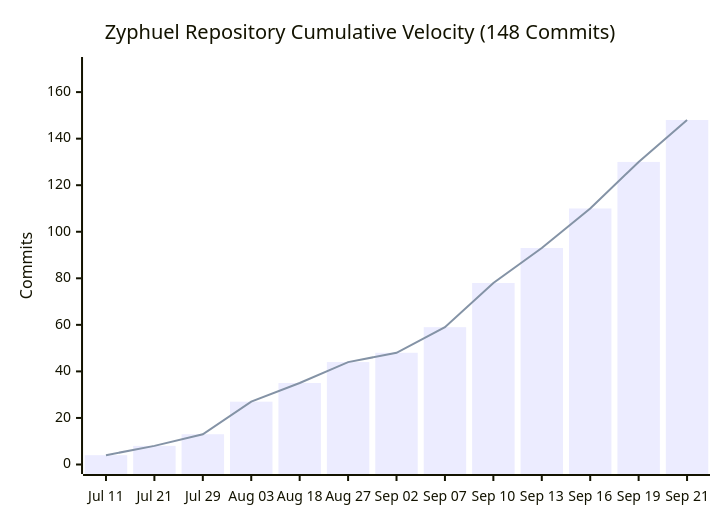
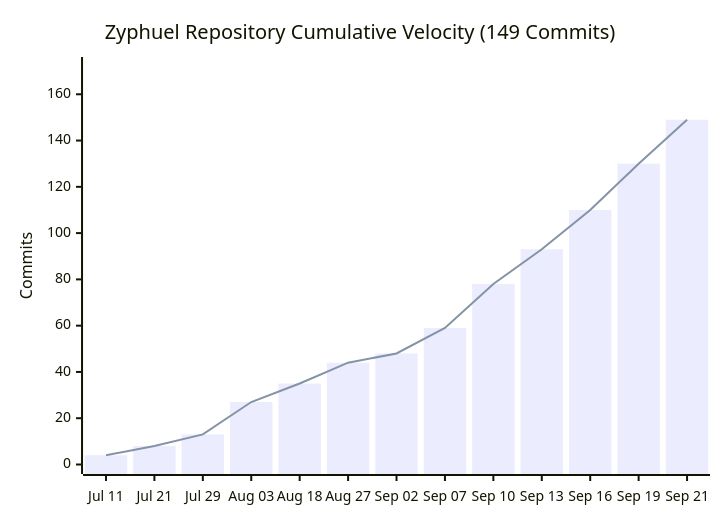
The diagram in README.md (daniyal44/Zyphuel), drawn with Mermaid before and after one commit. The commit also changed other lines of this file and 25 other files, not shown here.

````diff
--- a/README.md
+++ b/README.md
@@ -30,8 +30,8 @@
 ```mermaid
 xychart-beta
-    title "Zyphuel Repository Cumulative Velocity (148 Commits)"
+    title "Zyphuel Repository Cumulative Velocity (149 Commits)"
     x-axis ["Jul 11", "Jul 21", "Jul 29", "Aug 03", "Aug 18", "Aug 27", "Sep 02", "Sep 07", "Sep 10", "Sep 13", "Sep 16", "Sep 19", "Sep 21"]
-    y-axis "Commits" 0 --> 171
-    bar [4, 8, 13, 27, 35, 44, 48, 59, 78, 93, 110, 130, 148]
-    line [4, 8, 13, 27, 35, 44, 48, 59, 78, 93, 110, 130, 148]
+    y-axis "Commits" 0 --> 172
+    bar [4, 8, 13, 27, 35, 44, 48, 59, 78, 93, 110, 130, 149]
+    line [4, 8, 13, 27, 35, 44, 48, 59, 78, 93, 110, 130, 149]
 ```
````
